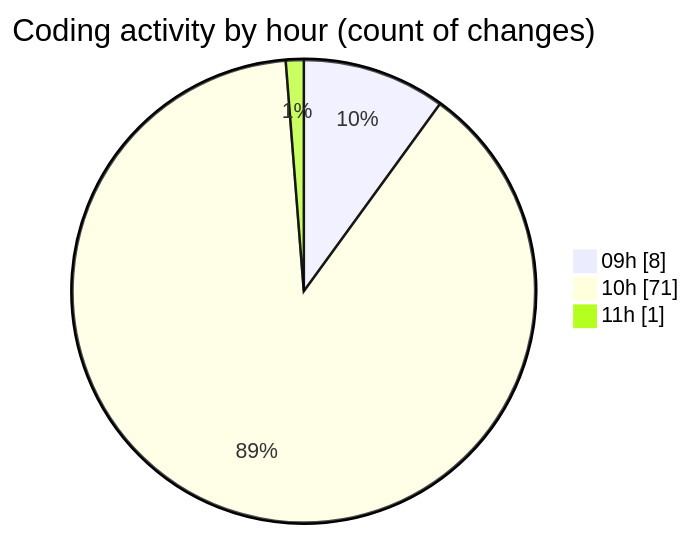
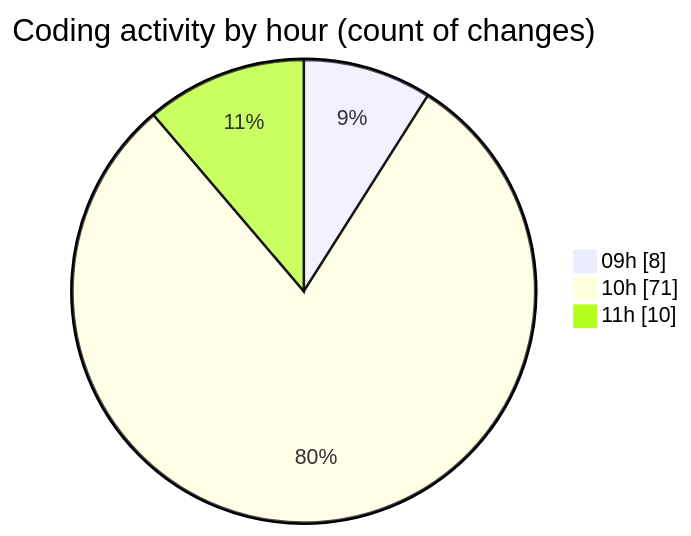
One commit to CELIANVF/code-tracking changed the second of 2 diagrams in 2025-06-03/ecodeli-1/README.md. Above: the diagram before and after it, drawn with Mermaid. The commit also changed other lines of this file and 1 other file, not shown here.

````diff
--- a/2025-06-03/ecodeli-1/README.md
+++ b/2025-06-03/ecodeli-1/README.md
@@ -63,7 +65,7 @@
 ```mermaid
 pie showData
 title Coding activity by hour (count of changes)
 "09h" : 8
 "10h" : 71
-"11h" : 1
+"11h" : 10
 ```
````
